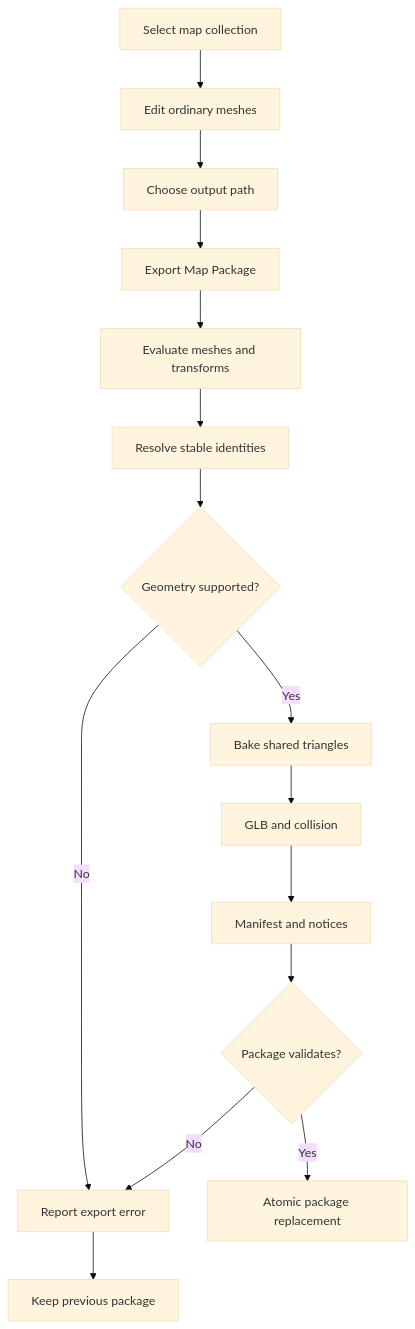
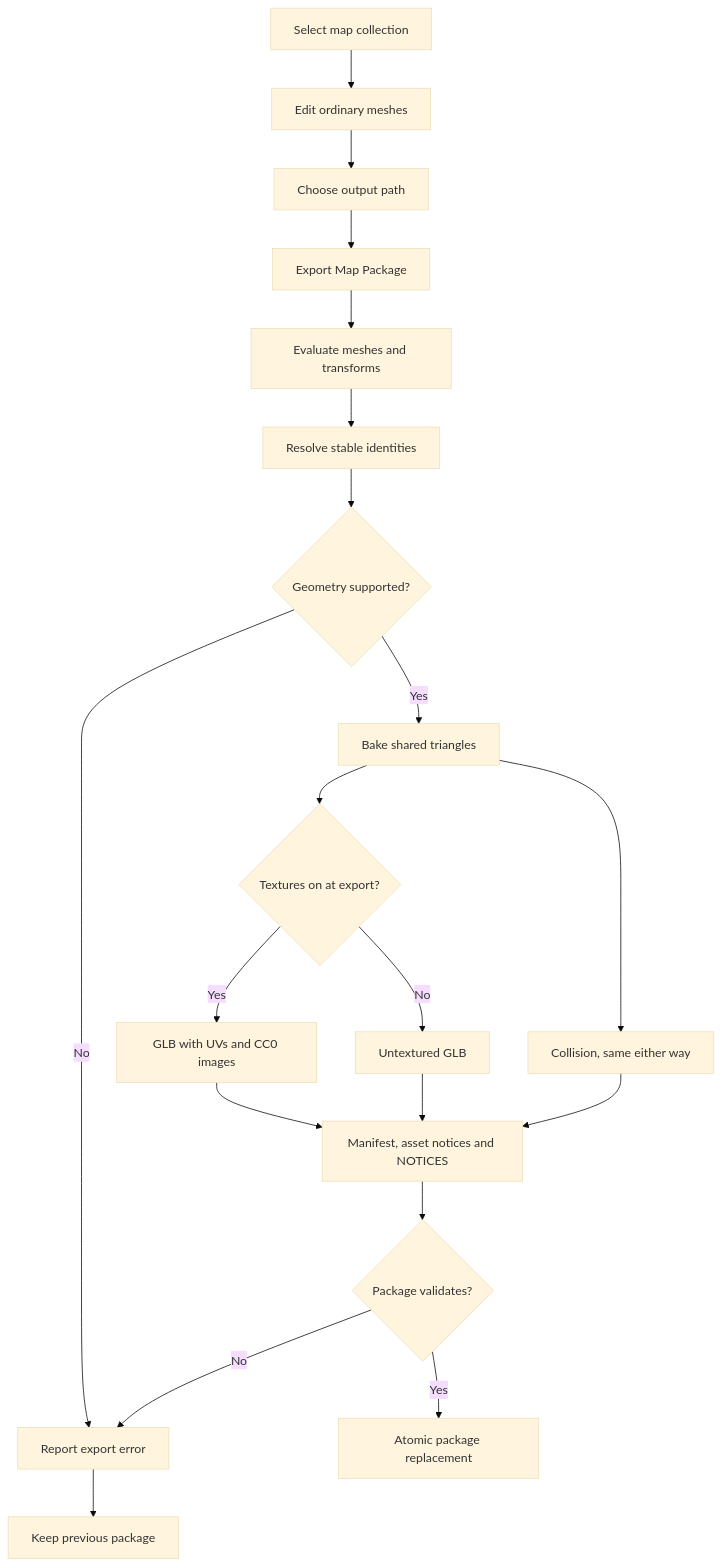
One commit to lingshf/map-builder changed the diagram in docs/flows/export.md. Above: the diagram before and after it, drawn with Mermaid (base theme). The commit also changed other lines of this file and 50 other files, not shown here.

````diff
--- a/docs/flows/export.md
+++ b/docs/flows/export.md
@@ -6,17 +8,22 @@
 ```mermaid
 flowchart TD
   A[Select map collection] --> B[Edit ordinary meshes]
   B --> C[Choose output path]
   C --> D[Export Map Package]
   D --> E[Evaluate meshes and transforms]
   E --> F[Resolve stable identities]
   F --> G{Geometry supported?}
   G -->|No| H[Report export error]
   G -->|Yes| I[Bake shared triangles]
-  I --> J[GLB and collision]
-  J --> K[Manifest and notices]
+  I --> T{Textures on at export?}
+  T -->|Yes| U[GLB with UVs and CC0 images]
+  T -->|No| V[Untextured GLB]
+  I --> J[Collision, same either way]
+  U --> K[Manifest, asset notices and NOTICES]
+  V --> K
+  J --> K
   K --> L{Package validates?}
   L -->|No| H
   H --> M[Keep previous package]
   L -->|Yes| N[Atomic package replacement]
 ```
````
